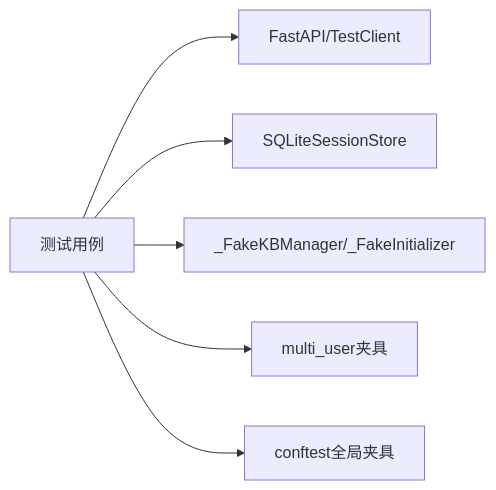
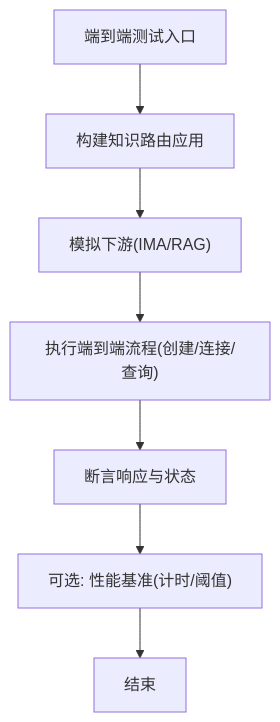
Before and after one commit to gongzili456/DeepTutor: the eighth of 9 diagrams in .qoder/repowiki/zh/content/测试策略/集成测试.md, drawn with Mermaid. The commit also changed other lines of this file and 1242 other files, not shown here.

````diff
--- a/.qoder/repowiki/zh/content/测试策略/集成测试.md
+++ b/.qoder/repowiki/zh/content/测试策略/集成测试.md
@@ -235,8 +330,9 @@
 ```mermaid
-graph LR
-T["测试用例"] --> F["FastAPI/TestClient"]
-T --> S["SQLiteSessionStore"]
-T --> K["_FakeKBManager/_FakeInitializer"]
-T --> M["multi_user夹具"]
-T --> C["conftest全局夹具"]
+flowchart TD
+E2EStart["端到端测试入口"] --> BuildAppKB["构建知识路由应用"]
+BuildAppKB --> MockDownstream["模拟下游(IMA/RAG)"]
+MockDownstream --> ExecuteFlow["执行端到端流程(创建/连接/查询)"]
+ExecuteFlow --> AssertResults["断言响应与状态"]
+AssertResults --> PerfBenchmark["可选: 性能基准(计时/阈值)"]
+PerfBenchmark --> E2EEnd["结束"]
 ```
````
